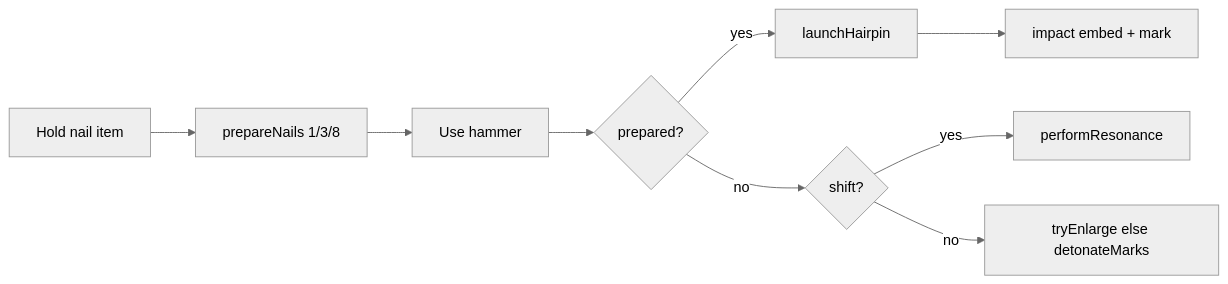
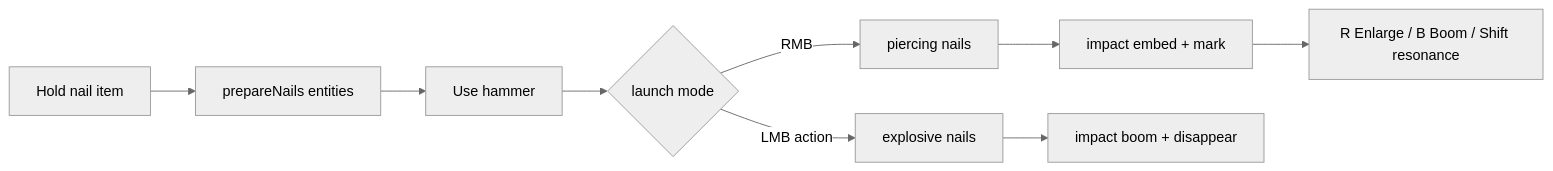
One commit to grebeshok105/jujutsu-minecraft changed the diagram in Jujutsu Kaizen/jujutsumod-codebase-codex/03-systems/Nobara-overview.md. Above: the diagram before and after it, drawn with Mermaid (neutral theme). The commit also changed other lines of this file and 21 other files, not shown here.

````diff
--- a/Jujutsu Kaizen/jujutsumod-codebase-codex/03-systems/Nobara-overview.md
+++ b/Jujutsu Kaizen/jujutsumod-codebase-codex/03-systems/Nobara-overview.md
@@ -11,11 +25,11 @@
 ```mermaid
 flowchart LR
-  A[Hold nail item] --> B[prepareNails 1/3/8]
+  A[Hold nail item] --> B[prepareNails entities]
   B --> C[Use hammer]
-  C --> D{prepared?}
-  D -->|yes| E[launchHairpin]
-  E --> F[impact embed + mark]
-  D -->|no| G{shift?}
-  G -->|yes| H[performResonance]
-  G -->|no| I[tryEnlarge else detonateMarks]
+  C --> D{launch mode}
+  D -->|RMB| E[piercing nails]
+  D -->|LMB action| F[explosive nails]
+  E --> G[impact embed + mark]
+  F --> H[impact boom + disappear]
+  G --> I[R Enlarge / B Boom / Shift resonance]
 ```
````
